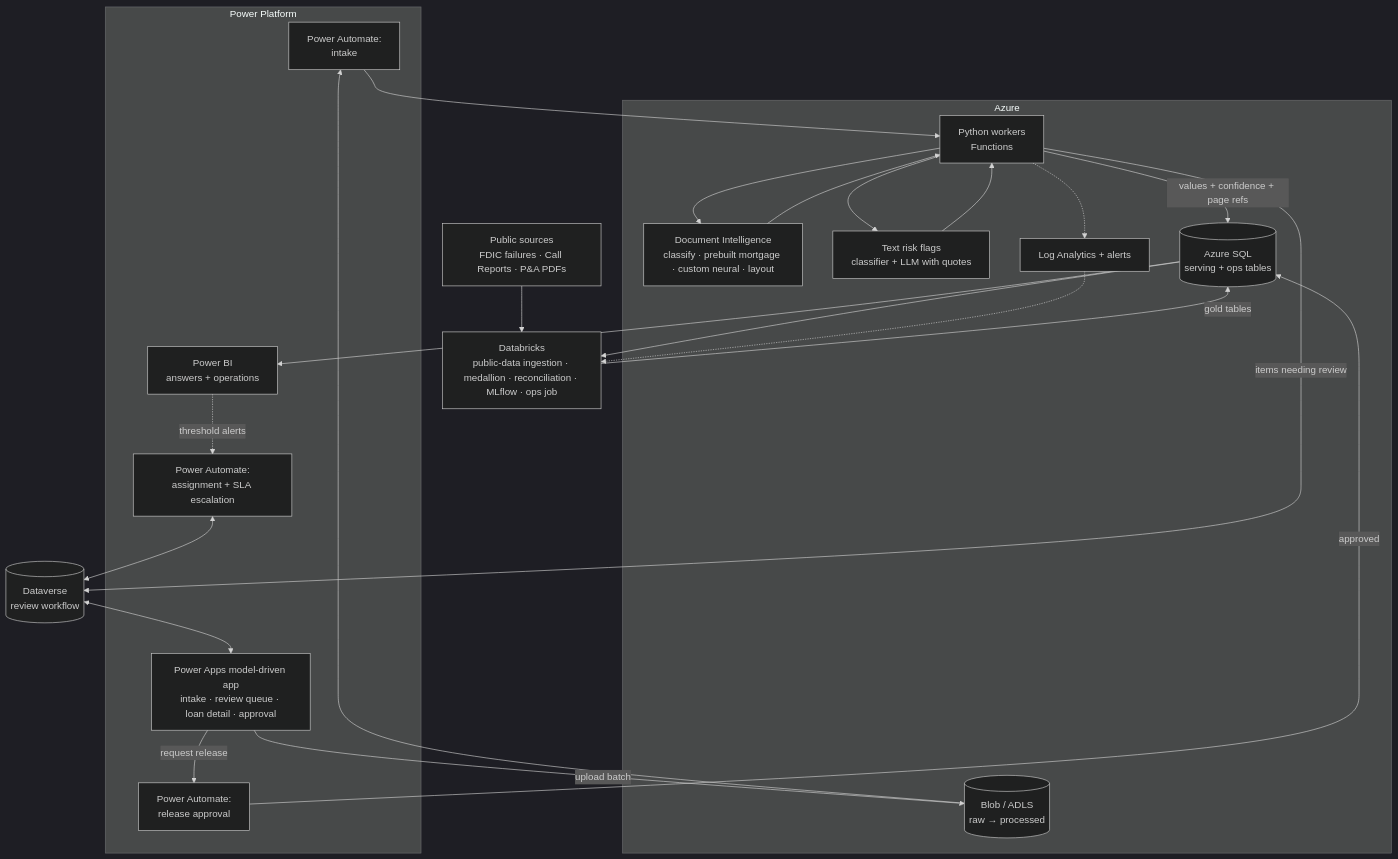
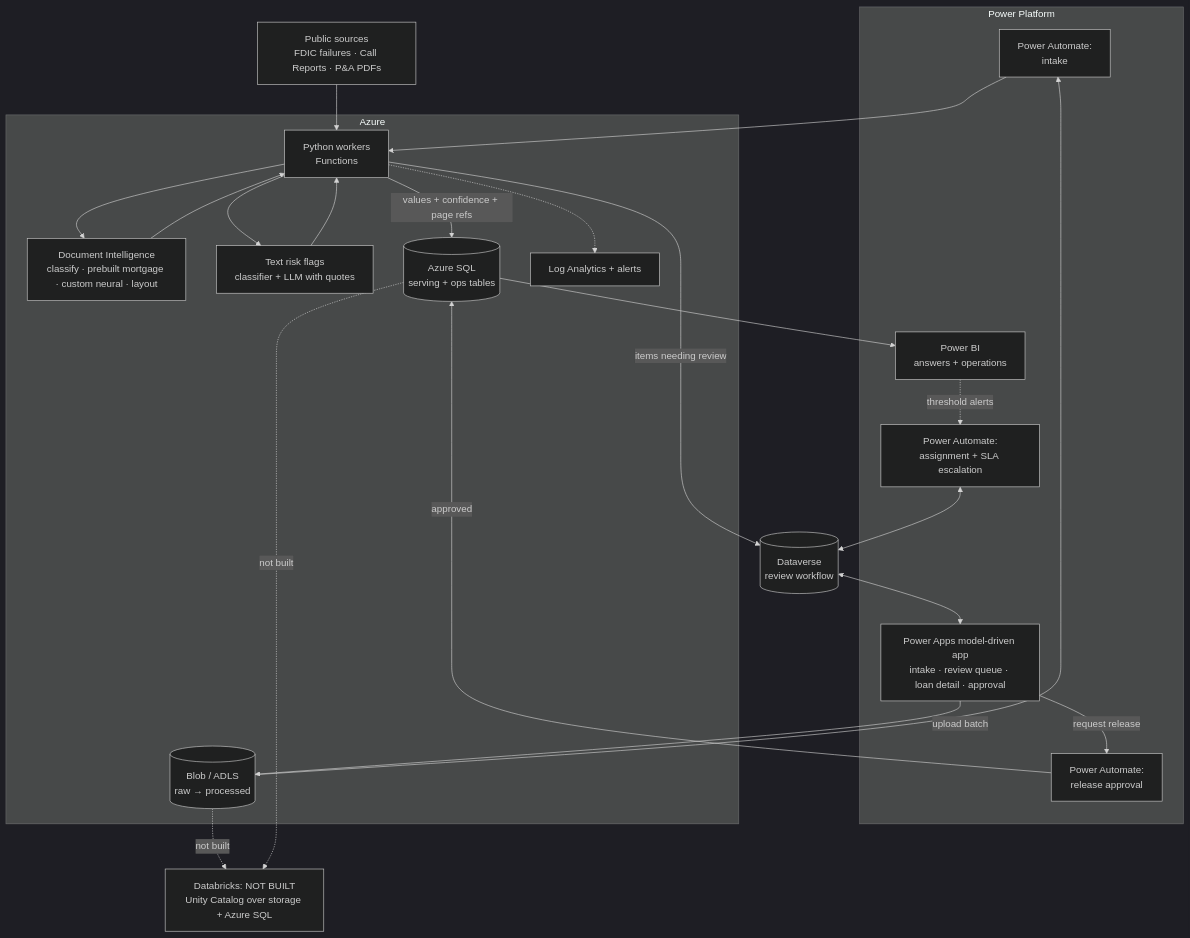
The diagram in docs/APPLICATION.md (godot107/failed-bank-docai), drawn with Mermaid (dark theme) before and after one commit. The commit also changed other lines of this file and 2 other files, not shown here.

Commit message:
Docs: mark Databricks as not built (runs are Python batches on Azure SQL); note the Unity Catalog path

````diff
--- a/docs/APPLICATION.md
+++ b/docs/APPLICATION.md
@@ -42,35 +42,36 @@
 ```mermaid
 flowchart TB
   subgraph PP[Power Platform]
     PA1[Power Automate:<br/>intake]
     APP[Power Apps model-driven app<br/>intake · review queue · loan detail · approval]
     PA2[Power Automate:<br/>assignment + SLA escalation]
     PA3[Power Automate:<br/>release approval]
     BI[Power BI<br/>answers + operations]
   end
   subgraph AZ[Azure]
     BLOB[(Blob / ADLS<br/>raw → processed)]
     FN[Python workers<br/>Functions]
     DI[Document Intelligence<br/>classify · prebuilt mortgage · custom neural · layout]
     TXT[Text risk flags<br/>classifier + LLM with quotes]
     SQL[(Azure SQL<br/>serving + ops tables)]
     LOG[Log Analytics + alerts]
   end
-  DBX[Databricks<br/>public-data ingestion · medallion · reconciliation · MLflow · ops job]
+  DBX[Databricks: NOT BUILT<br/>Unity Catalog over storage + Azure SQL]
   DV[(Dataverse<br/>review workflow)]
   PUB[Public sources<br/>FDIC failures · Call Reports · P&A PDFs]
   APP -->|upload batch| BLOB
   BLOB --> PA1 --> FN
   FN --> DI --> FN
   FN --> TXT --> FN
   FN -->|values + confidence + page refs| SQL
   FN -->|items needing review| DV
   DV <--> APP
   PA2 <--> DV
-  PUB --> DBX
-  SQL --> DBX -->|gold tables| SQL
+  PUB --> FN
+  BLOB -.->|not built| DBX
+  SQL -.->|not built| DBX
   APP -->|request release| PA3 -->|approved| SQL
   SQL --> BI
-  FN -.-> LOG -.-> DBX
+  FN -.-> LOG
   BI -.->|threshold alerts| PA2
 ```
````
